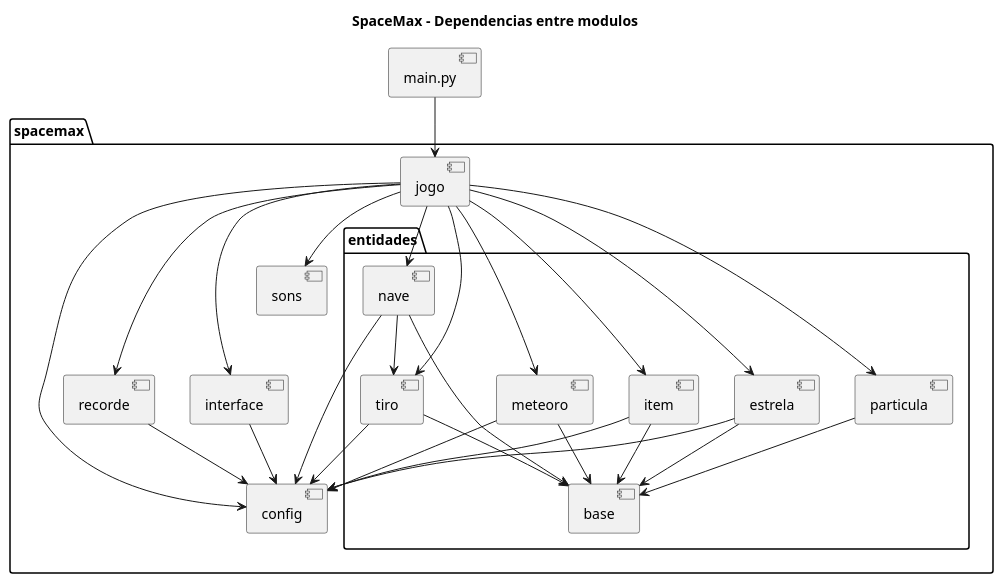
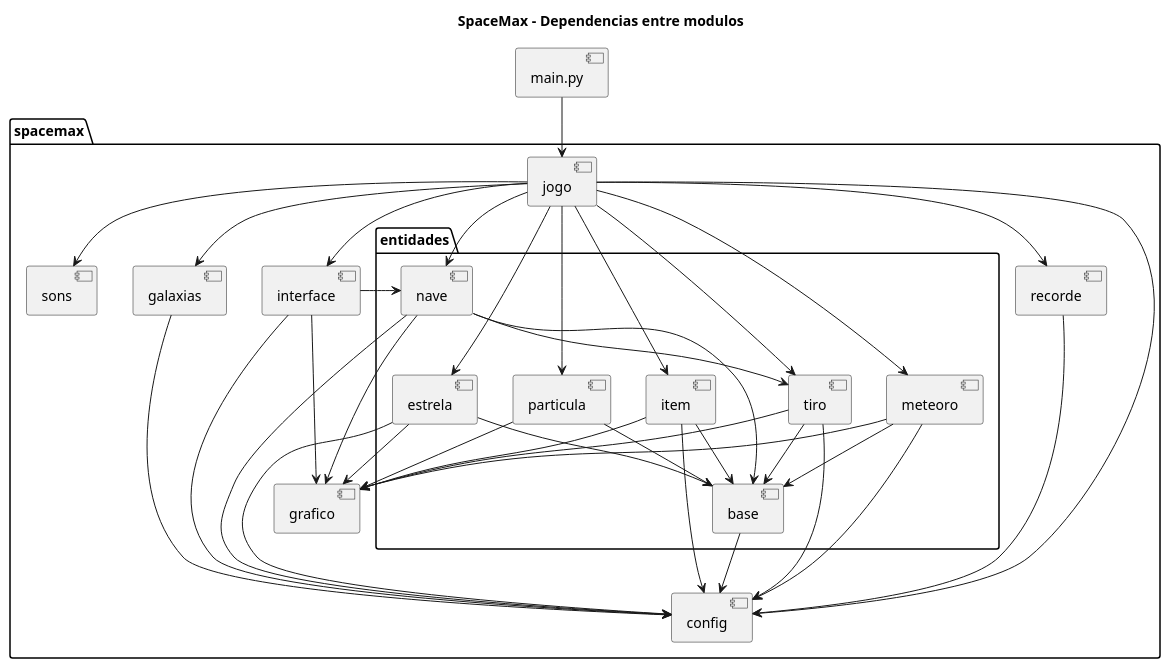
The diagram in docs/uml/pacotes.puml (viniciussantos184/SpaceMax), drawn with PlantUML before and after one commit. The commit also changed 27 other files, not shown here.

```diff
--- a/docs/uml/pacotes.puml
+++ b/docs/uml/pacotes.puml
@@ -1,52 +1,65 @@
 @startuml pacotes
 title SpaceMax - Dependencias entre modulos
 
 skinparam packageStyle folder
 
 component "main.py" as main
 
 package "spacemax" {
   component "jogo" as jogo
   component "interface" as interface
   component "sons" as sons
   component "recorde" as recorde
   component "config" as config
+  component "galaxias" as galaxias
+  component "grafico" as grafico
 
   package "entidades" {
     component "base" as base
     component "nave" as nave
     component "tiro" as tiro
     component "meteoro" as meteoro
     component "item" as item
     component "particula" as particula
     component "estrela" as estrela
   }
 }
 
 main --> jogo
 jogo --> interface
 jogo --> sons
 jogo --> recorde
 jogo --> config
+jogo --> galaxias
+galaxias --> config
+interface --> grafico
+interface --> nave
+nave --> grafico
+meteoro --> grafico
+tiro --> grafico
+item --> grafico
+particula --> grafico
+estrela --> grafico
+base --> config
 jogo --> nave
 jogo --> meteoro
 jogo --> item
 jogo --> particula
 jogo --> estrela
 jogo --> tiro
 nave --> tiro
 nave --> base
 tiro --> base
 meteoro --> base
 item --> base
 particula --> base
 estrela --> base
 interface --> config
 recorde --> config
 nave --> config
 tiro --> config
 meteoro --> config
 item --> config
 estrela --> config
 
 @enduml
```
